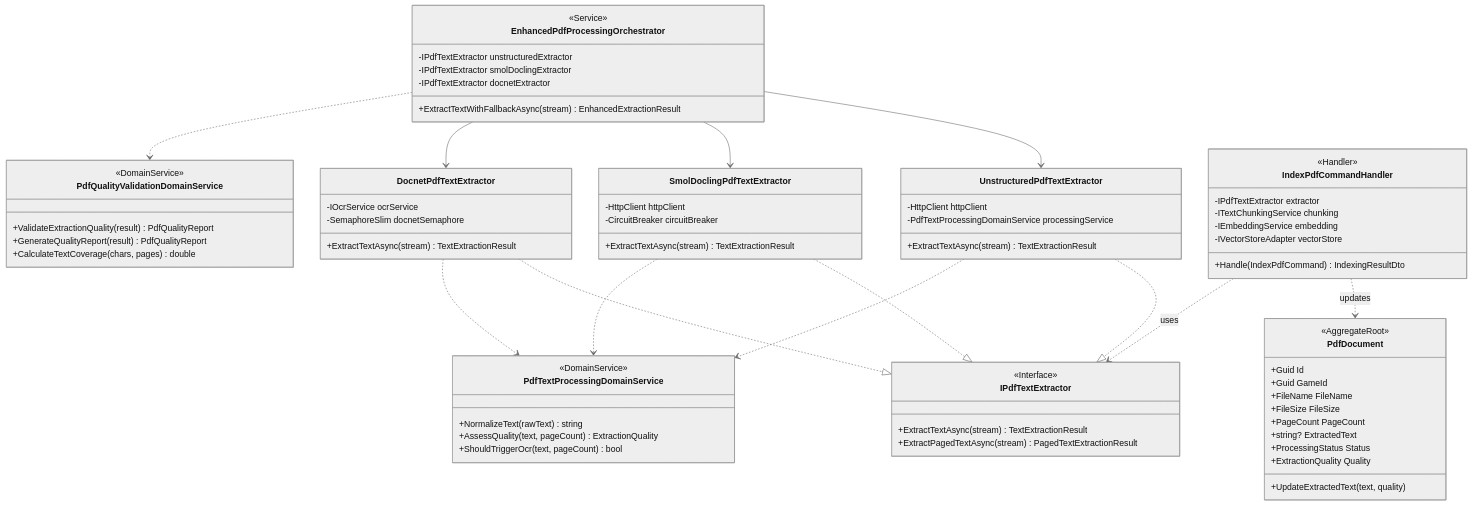
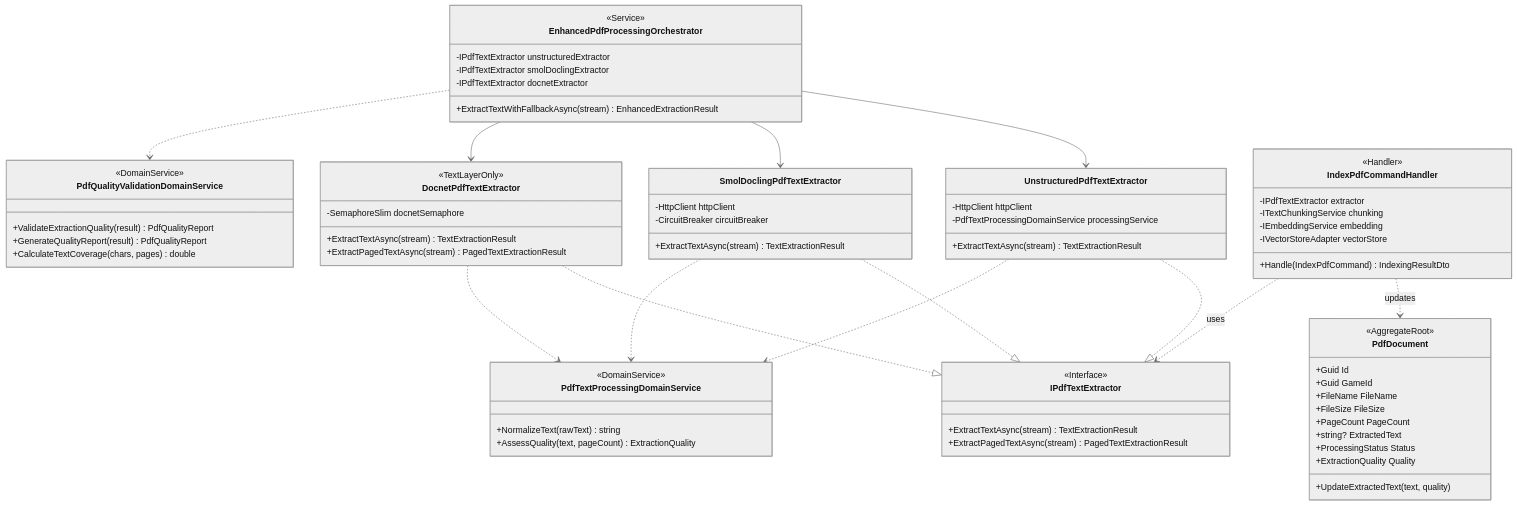
The fourth of 9 diagrams in docs/for-claude/architecture/diagrams/bounded-contexts-interactions.md (meepleAi-app/meepleai-monorepo), drawn with Mermaid (neutral theme) before and after one commit. The commit also changed other lines of this file and 24 other files, not shown here.

```diff
--- a/docs/for-claude/architecture/diagrams/bounded-contexts-interactions.md
+++ b/docs/for-claude/architecture/diagrams/bounded-contexts-interactions.md
@@ -289,8 +289,9 @@
     }
 
     class DocnetPdfTextExtractor {
+        <<TextLayerOnly>>
         +ExtractTextAsync(stream) TextExtractionResult
-        -IOcrService ocrService
+        +ExtractPagedTextAsync(stream) PagedTextExtractionResult
         -SemaphoreSlim docnetSemaphore
     }
 
@@ -305,7 +306,6 @@
         <<DomainService>>
         +NormalizeText(rawText) string
         +AssessQuality(text, pageCount) ExtractionQuality
-        +ShouldTriggerOcr(text, pageCount) bool
     }
 
     class IndexPdfCommandHandler {
```
